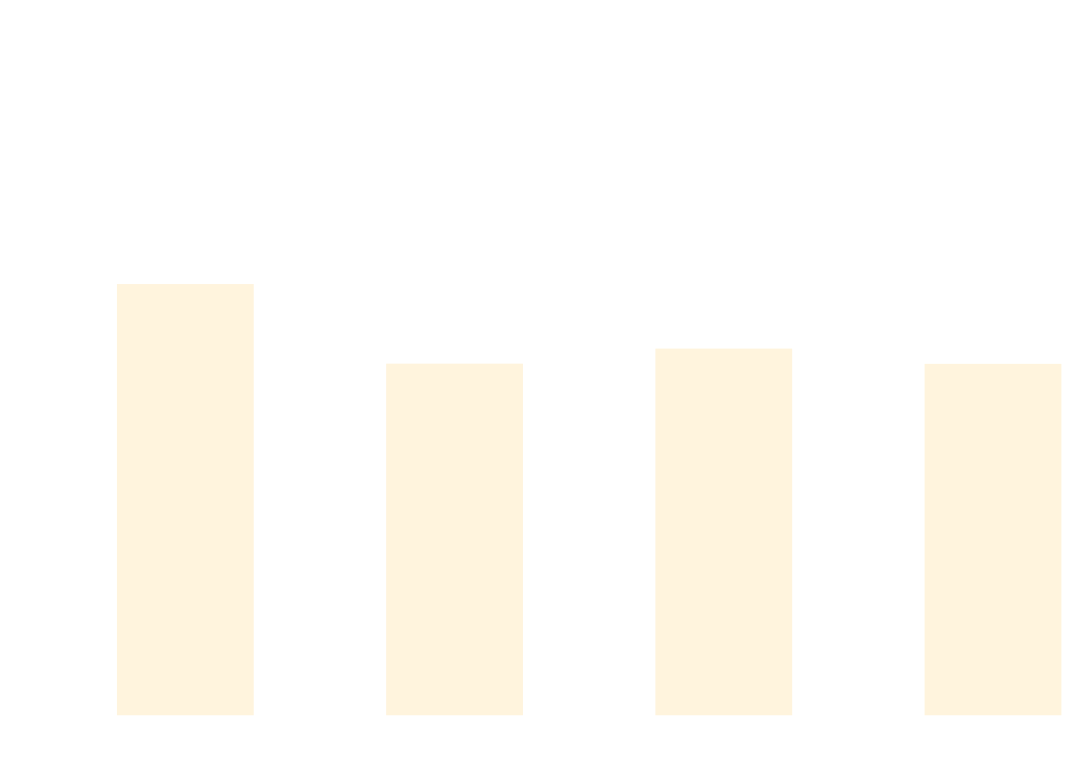
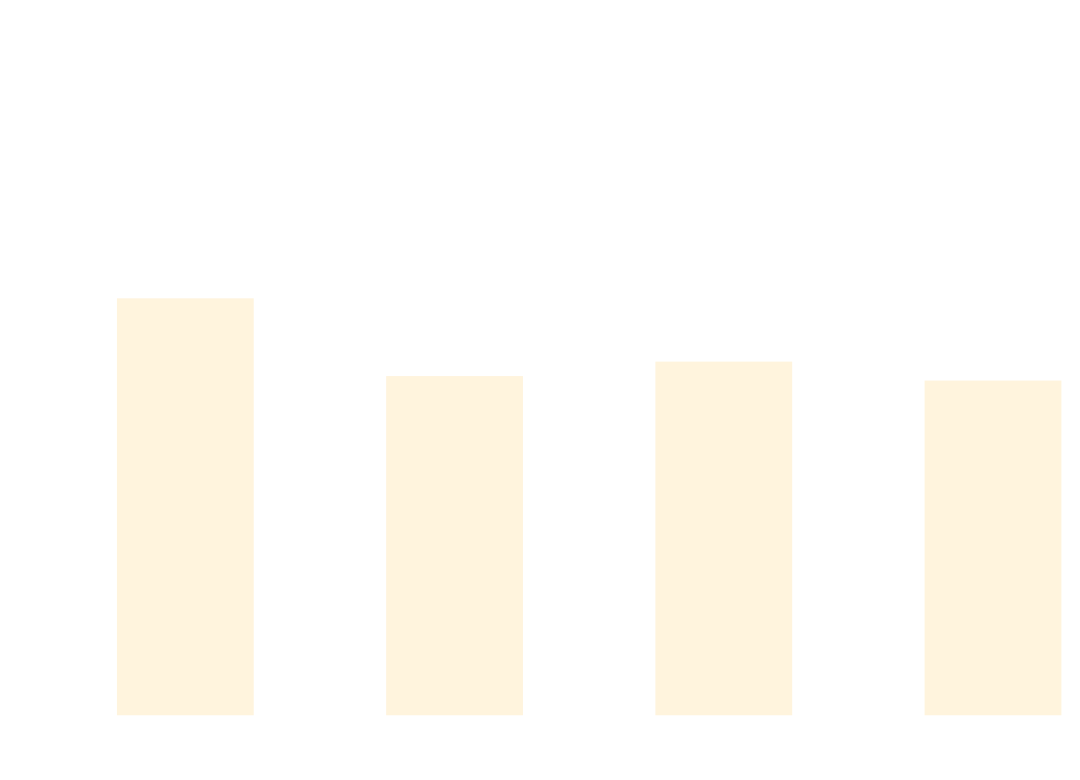
The diagram in docs/docs/benchmarks/BuildTime.md (thomhurst/TUnit), drawn with Mermaid before and after one commit. The commit also changed other lines of this file and 17 other files, not shown here.

````diff
--- a/docs/docs/benchmarks/BuildTime.md
+++ b/docs/docs/benchmarks/BuildTime.md
@@ -28,37 +28,37 @@
 ```mermaid
 %%{init: {
   'theme':'base',
   'themeVariables': {
     'primaryColor': '#2563eb',
     'primaryTextColor': '#ffffff',
     'primaryBorderColor': '#1e40af',
     'lineColor': '#6b7280',
     'secondaryColor': '#7c3aed',
     'tertiaryColor': '#dc2626',
     'background': '#ffffff',
     'mainBkg': '#2563eb',
     'secondBkg': '#7c3aed',
     'tertiaryBkg': '#dc2626',
     'clusterBkg': '#f3f4f6',
     'edgeLabelBackground': '#ffffff',
     'tertiaryTextColor': '#1f2937',
     'pie1': '#2563eb',
     'pie2': '#7c3aed',
     'pie3': '#dc2626',
     'pie4': '#f59e0b',
     'pie5': '#10b981',
     'pie6': '#06b6d4',
     'pie7': '#ec4899',
     'pie8': '#6366f1',
     'pie9': '#84cc16',
     'pie10': '#f97316',
     'pie11': '#14b8a6',
     'pie12': '#a855f7'
   }
 }}%%
 xychart-beta
   title "Build Time Comparison"
   x-axis ["Build_TUnit", "Build_NUnit", "Build_MSTest", "Build_xUnit3"]
   y-axis "Time (s)" 0 --> 3
-  bar [2.061, 1.67, 1.744, 1.669]
+  bar [1.991, 1.609, 1.68, 1.587]
 ```
````
